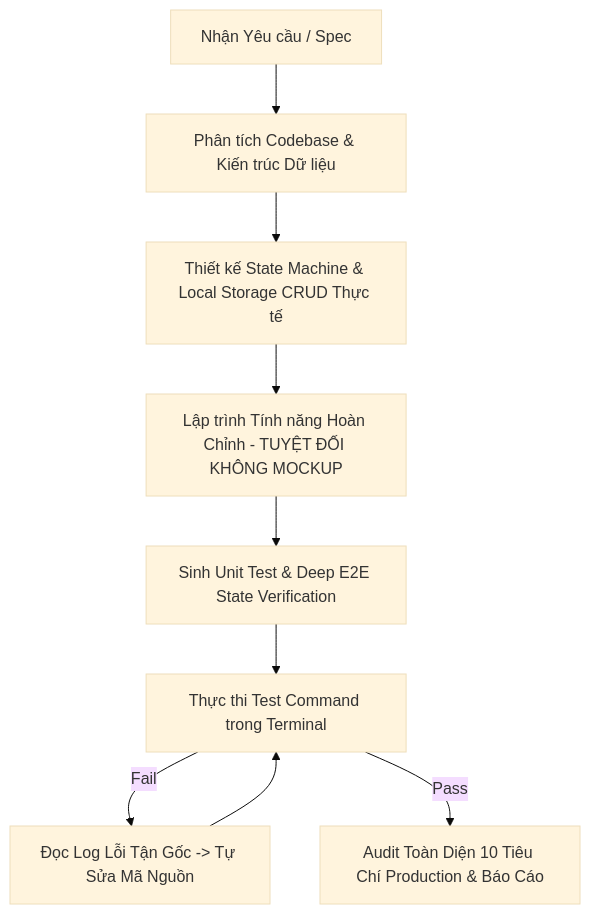
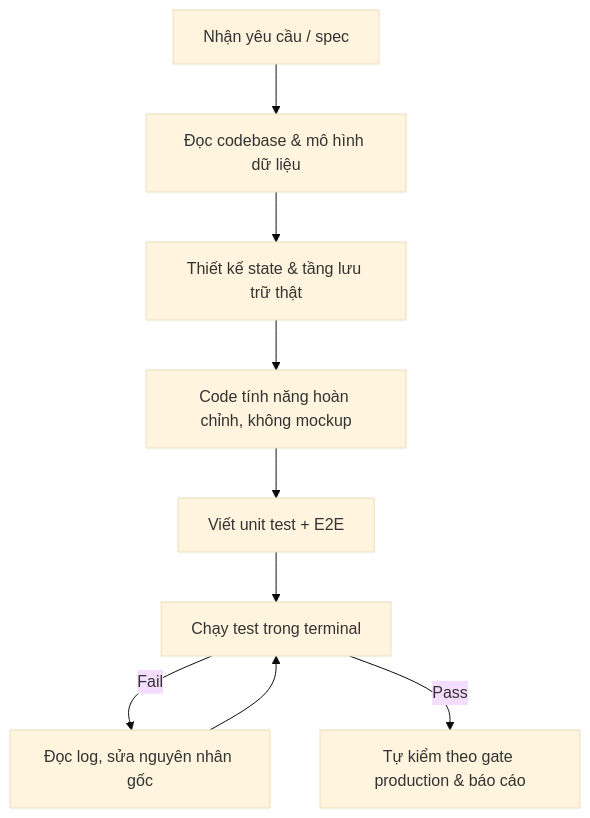
One commit to itgviet/ai-skills changed the diagram in dev-executor/SKILL.md. Above: the diagram before and after it, drawn with Mermaid (base theme). The commit also changed other lines of this file and 46 other files, not shown here.

````diff
--- a/dev-executor/SKILL.md
+++ b/dev-executor/SKILL.md
@@ -12,11 +13,10 @@
 ```mermaid
 flowchart TD
-    A[Nhận Yêu cầu / Spec] --> B[Phân tích Codebase & Kiến trúc Dữ liệu]
-    B --> C[Thiết kế State Machine & Local Storage CRUD Thực tế]
-    C --> D[Lập trình Tính năng Hoàn Chỉnh - TUYỆT ĐỐI KHÔNG MOCKUP]
-    D --> E[Sinh Unit Test & Deep E2E State Verification]
-    E --> F[Thực thi Test Command trong Terminal]
-    F -->|Fail| G[Đọc Log Lỗi Tận Gốc -> Tự Sửa Mã Nguồn]
-    G --> F
-    F -->|Pass| H[Audit Toàn Diện 10 Tiêu Chí Production & Báo Cáo]
+    A[Nhận yêu cầu / spec] --> B[Đọc codebase & mô hình dữ liệu]
+    B --> C[Thiết kế state & tầng lưu trữ thật]
+    C --> D[Code tính năng hoàn chỉnh, không mockup]
+    D --> E[Viết unit test + E2E]
+    E --> F[Chạy test trong terminal]
+    F -->|Fail| G[Đọc log, sửa nguyên nhân gốc] --> F
+    F -->|Pass| H[Tự kiểm theo gate production & báo cáo]
 ```
````
